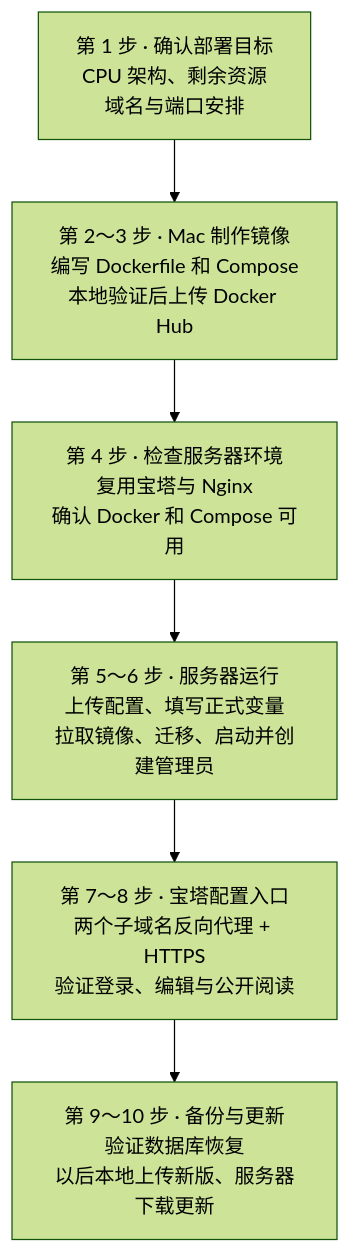
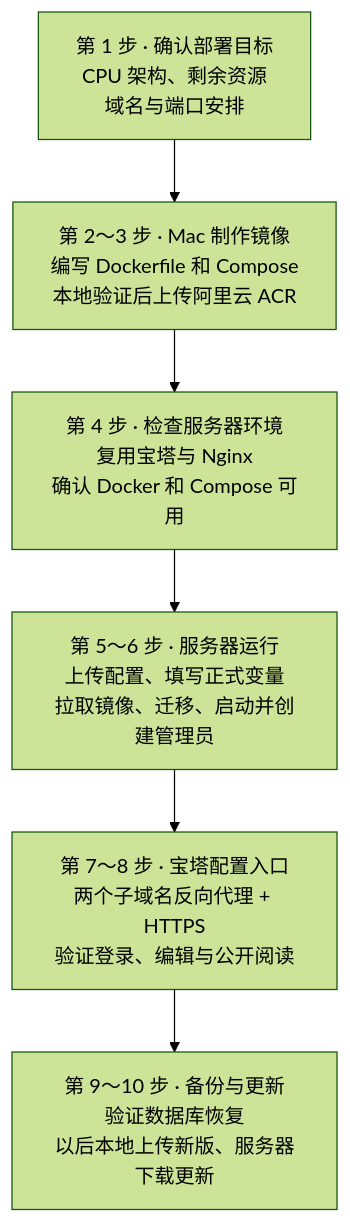
One commit to jiajianhui/learning-notes changed the first of 10 diagrams in backend/backend-system-learning/20A-用宝塔和Docker-Compose部署MiniCMS.md. Above: the diagram before and after it, drawn with Mermaid (forest theme). The commit also changed other lines of this file and 3 other files, not shown here.

````diff
--- a/backend/backend-system-learning/20A-用宝塔和Docker-Compose部署MiniCMS.md
+++ b/backend/backend-system-learning/20A-用宝塔和Docker-Compose部署MiniCMS.md
@@ -50,10 +50,10 @@
 ```mermaid
 flowchart TD
     A["第 1 步 · 确认部署目标<br/>CPU 架构、剩余资源<br/>域名与端口安排"]
-    B["第 2～3 步 · Mac 制作镜像<br/>编写 Dockerfile 和 Compose<br/>本地验证后上传 Docker Hub"]
+    B["第 2～3 步 · Mac 制作镜像<br/>编写 Dockerfile 和 Compose<br/>本地验证后上传阿里云 ACR"]
     C["第 4 步 · 检查服务器环境<br/>复用宝塔与 Nginx<br/>确认 Docker 和 Compose 可用"]
     D["第 5～6 步 · 服务器运行<br/>上传配置、填写正式变量<br/>拉取镜像、迁移、启动并创建管理员"]
     E["第 7～8 步 · 宝塔配置入口<br/>两个子域名反向代理 + HTTPS<br/>验证登录、编辑与公开阅读"]
     F["第 9～10 步 · 备份与更新<br/>验证数据库恢复<br/>以后本地上传新版、服务器下载更新"]
     A --> B --> C --> D --> E --> F
 ```
````
